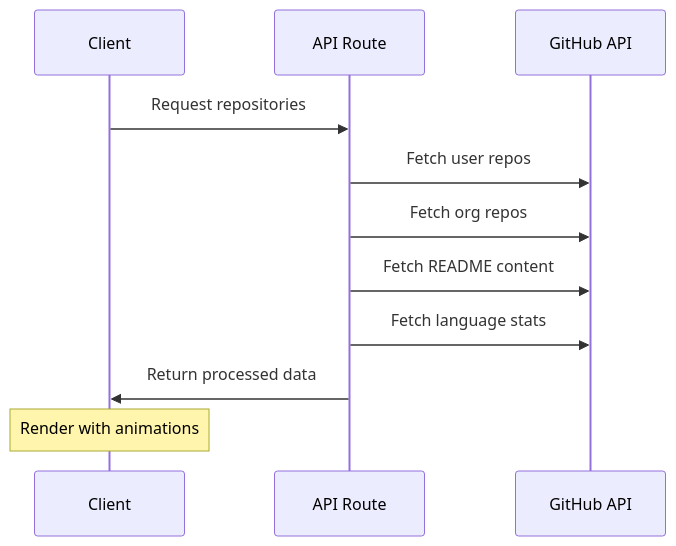
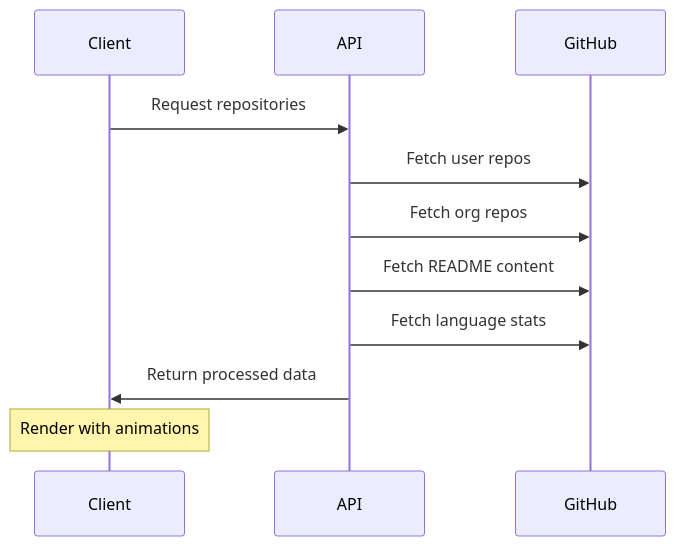
One commit to rudra-sah00/Portfolio changed the second of 2 diagrams in README.md. Above: the diagram before and after it, drawn with Mermaid.

Commit message:
🔧 Fix Mermaid sequence diagram syntax
- Simplified participant names to fix parsing error
- Removed alias syntax that was causing render issues
- Improved diagram readability

````diff
--- a/README.md
+++ b/README.md
@@ -208,15 +208,15 @@
 ```mermaid
 sequenceDiagram
-    participant C as Client
-    participant API as API Route
-    participant GH as GitHub API
+    participant Client
+    participant API
+    participant GitHub
     
-    C->>API: Request repositories
-    API->>GH: Fetch user repos
-    API->>GH: Fetch org repos
-    API->>GH: Fetch README content
-    API->>GH: Fetch language stats
-    API->>C: Return processed data
+    Client->>API: Request repositories
+    API->>GitHub: Fetch user repos
+    API->>GitHub: Fetch org repos
+    API->>GitHub: Fetch README content
+    API->>GitHub: Fetch language stats
+    API->>Client: Return processed data
     
-    Note over C: Render with animations
+    Note over Client: Render with animations
 ```
````
